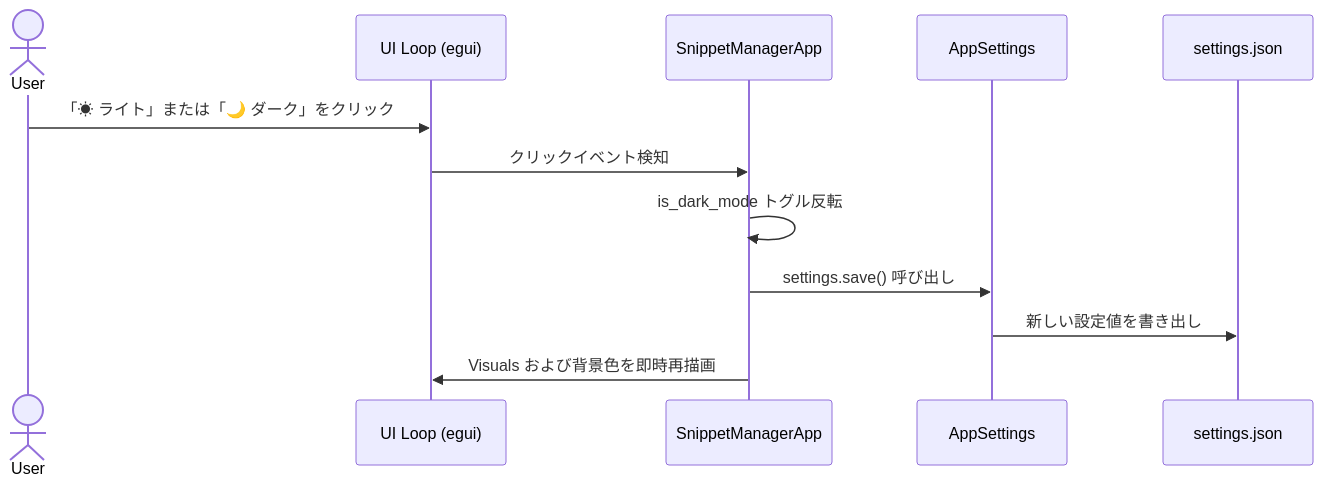
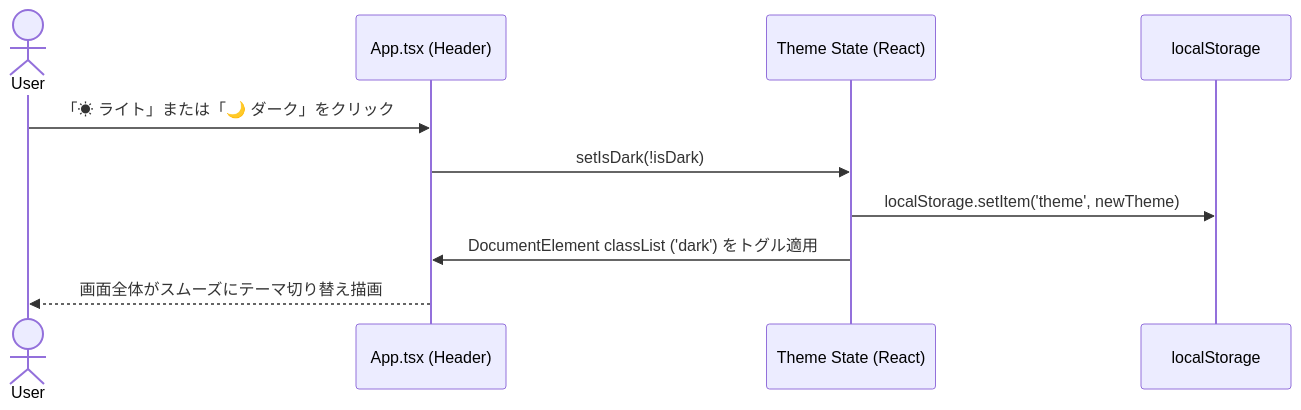
Before and after one commit to tkshnkgwr/SnippetFlow: the fourth of 6 diagrams in docs/ja/DIAGRAM.md, drawn with Mermaid. The commit also changed other lines of this file and 34 other files, not shown here.

````diff
--- a/docs/ja/DIAGRAM.md
+++ b/docs/ja/DIAGRAM.md
@@ -144,15 +142,13 @@
 ```mermaid
 sequenceDiagram
     actor User
-    participant UI as UI Loop (egui)
-    participant App as SnippetManagerApp
-    participant Settings as AppSettings
-    participant JSON as settings.json
+    participant UI as App.tsx (Header)
+    participant State as Theme State (React)
+    participant Storage as localStorage
 
     User->>UI: 「☀ ライト」または「🌙 ダーク」をクリック
-    UI->>App: クリックイベント検知
-    App->>App: is_dark_mode トグル反転
-    App->>Settings: settings.save() 呼び出し
-    Settings->>JSON: 新しい設定値を書き出し
-    App->>UI: Visuals および背景色を即時再描画
+    UI->>State: setIsDark(!isDark)
+    State->>Storage: localStorage.setItem('theme', newTheme)
+    State->>UI: DocumentElement classList ('dark') をトグル適用
+    UI-->>User: 画面全体がスムーズにテーマ切り替え描画
 ```
````
